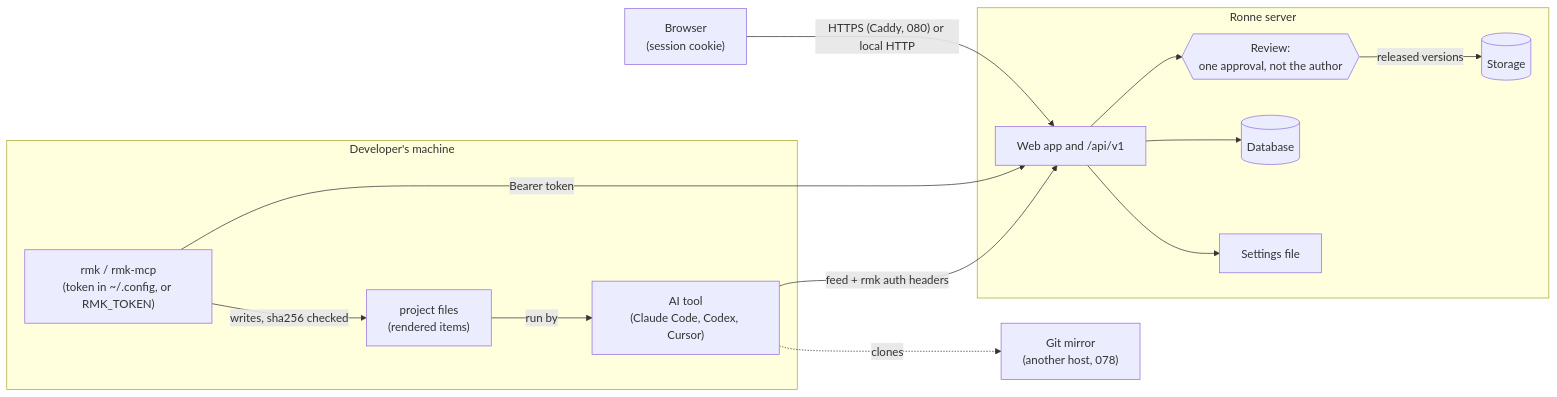
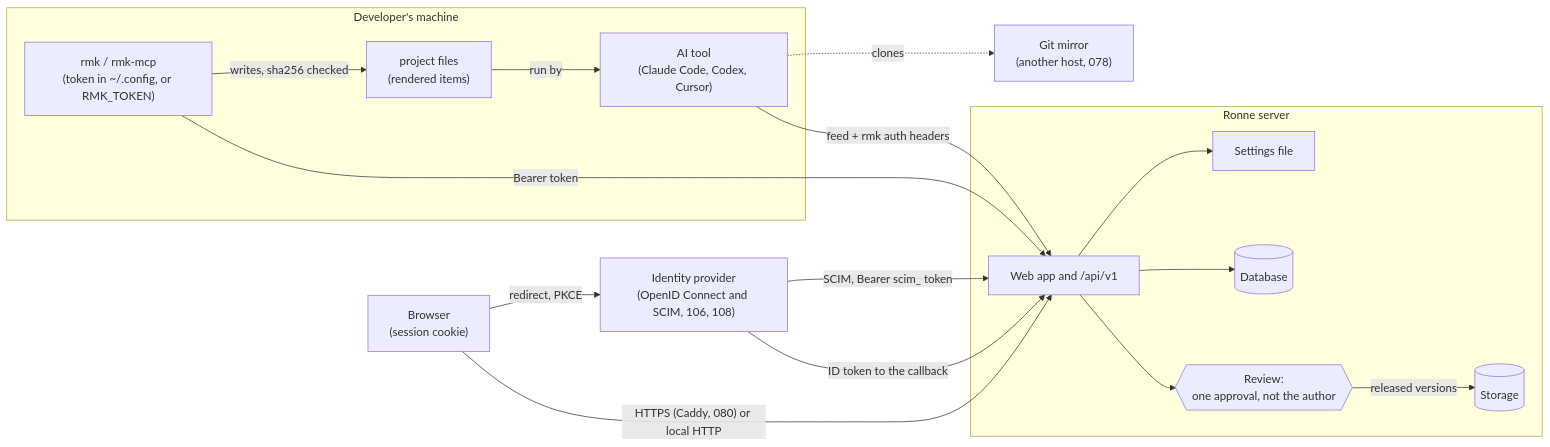
One commit to ronneai/ronne-marketplace changed the diagram in docs/security/threat-model.md. Above: the diagram before and after it, drawn with Mermaid. The commit also changed other lines of this file and 5 other files, not shown here.

````diff
--- a/docs/security/threat-model.md
+++ b/docs/security/threat-model.md
@@ -52,28 +57,32 @@
 ```mermaid
 flowchart LR
   subgraph Dev["Developer's machine"]
     AI["AI tool<br/>(Claude Code, Codex, Cursor)"]
     RMK["rmk / rmk-mcp<br/>(token in ~/.config, or RMK_TOKEN)"]
     Files["project files<br/>(rendered items)"]
   end
   Browser["Browser<br/>(session cookie)"]
   subgraph Server["Ronne server"]
     Web["Web app and /api/v1"]
     Review{{"Review:<br/>one approval, not the author"}}
     DB[("Database")]
     Store[("Storage")]
     Env["Settings file"]
   end
   Mirror["Git mirror<br/>(another host, 078)"]
+  IdP["Identity provider<br/>(OpenID Connect and SCIM, 106, 108)"]
 
   Browser -- "HTTPS (Caddy, 080) or local HTTP" --> Web
   RMK -- "Bearer token" --> Web
   AI -- "feed + rmk auth headers" --> Web
   AI -. "clones" .-> Mirror
+  Browser -- "redirect, PKCE" --> IdP
+  IdP -- "ID token to the callback" --> Web
+  IdP -- "SCIM, Bearer scim_ token" --> Web
   RMK -- "writes, sha256 checked" --> Files
   Files -- "run by" --> AI
   Web --> Review
   Review -- "released versions" --> Store
   Web --> DB
   Web --> Env
 ```
````
